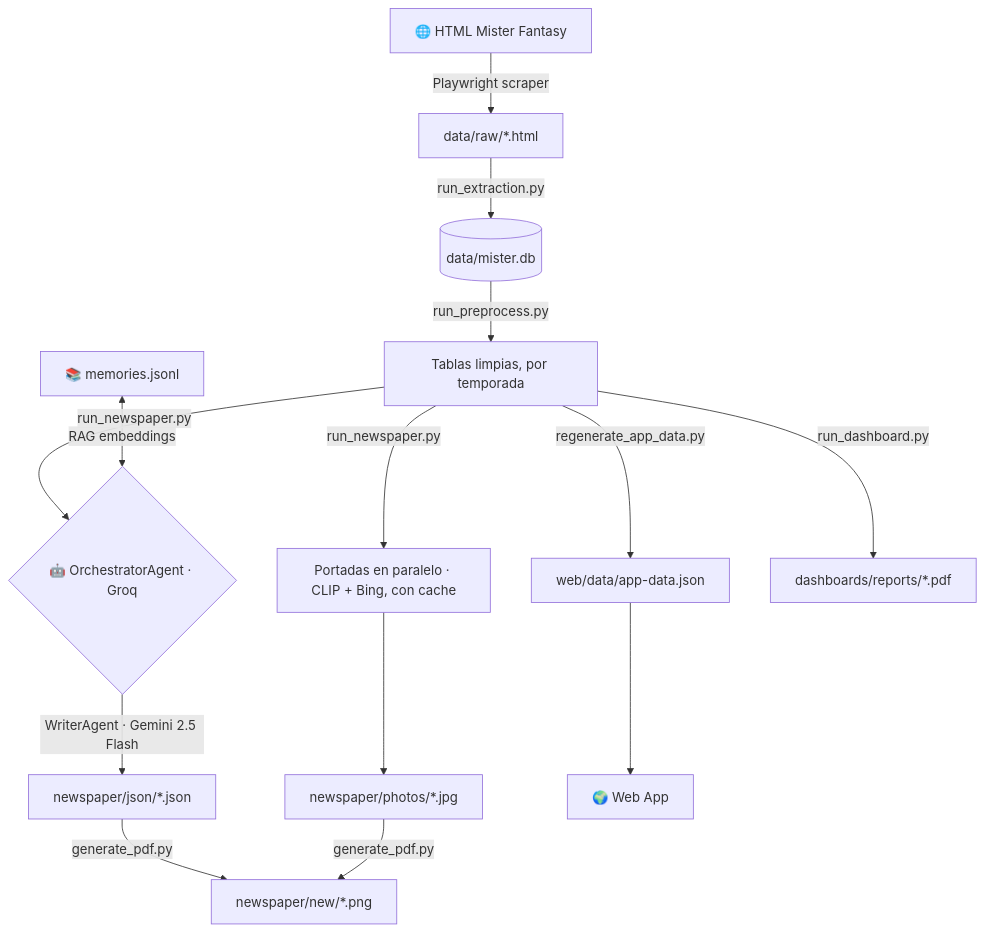
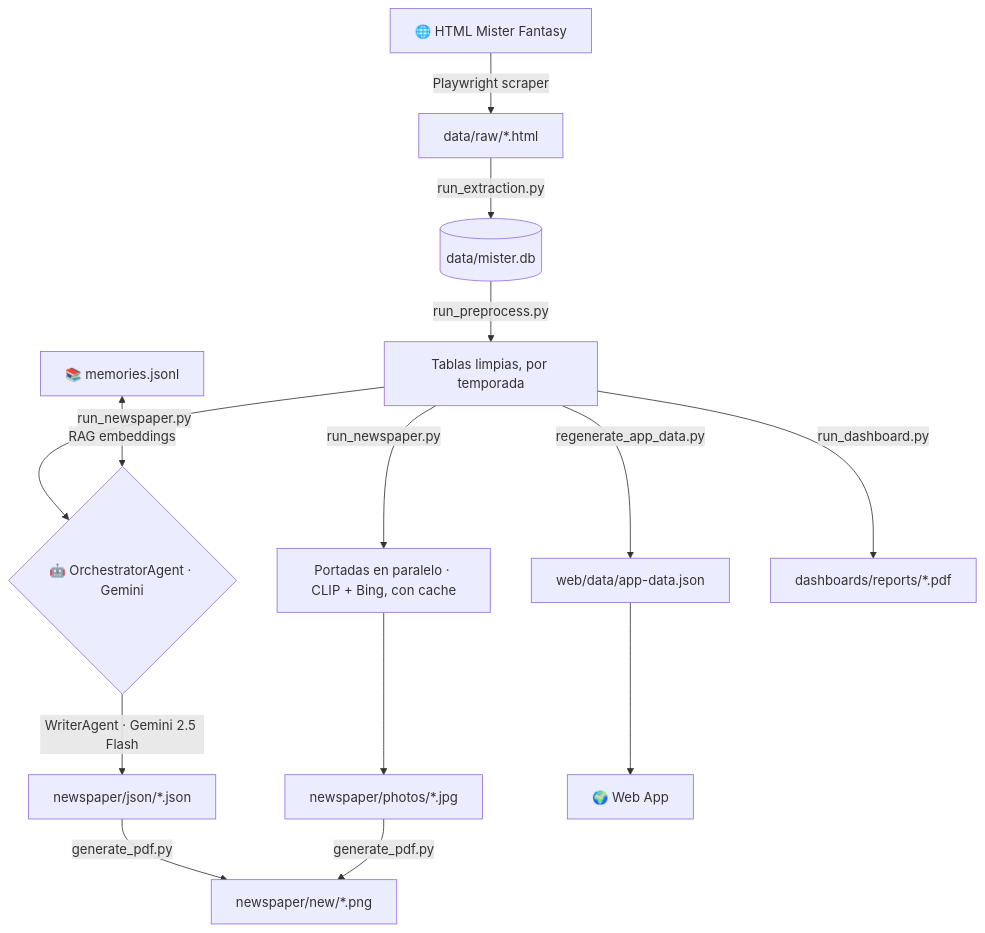
The diagram in docs/index.md (javica98/MisterFantasy_analytics), drawn with Mermaid before and after one commit. The commit also changed other lines of this file and 23 other files, not shown here.

````diff
--- a/docs/index.md
+++ b/docs/index.md
@@ -29,19 +29,19 @@
 ```mermaid
 graph TD
     A[🌐 HTML Mister Fantasy] -->|Playwright scraper| B[data/raw/*.html]
     B -->|run_extraction.py| C[(data/mister.db)]
     C -->|run_preprocess.py| D[Tablas limpias, por temporada]
 
     D -->|run_newspaper.py| P[Portadas en paralelo · CLIP + Bing, con cache]
     P --> G[newspaper/photos/*.jpg]
-    D -->|run_newspaper.py| E{🤖 OrchestratorAgent · Groq}
+    D -->|run_newspaper.py| E{🤖 OrchestratorAgent · Gemini}
     E -->|WriterAgent · Gemini 2.5 Flash| F[newspaper/json/*.json]
     F & G -->|generate_pdf.py| H[newspaper/new/*.png]
 
     D -->|regenerate_app_data.py| I[web/data/app-data.json]
     I --> J[🌍 Web App]
 
     D -->|run_dashboard.py| K[dashboards/reports/*.pdf]
 
     L[📚 memories.jsonl] <-->|RAG embeddings| E
 ```
````
